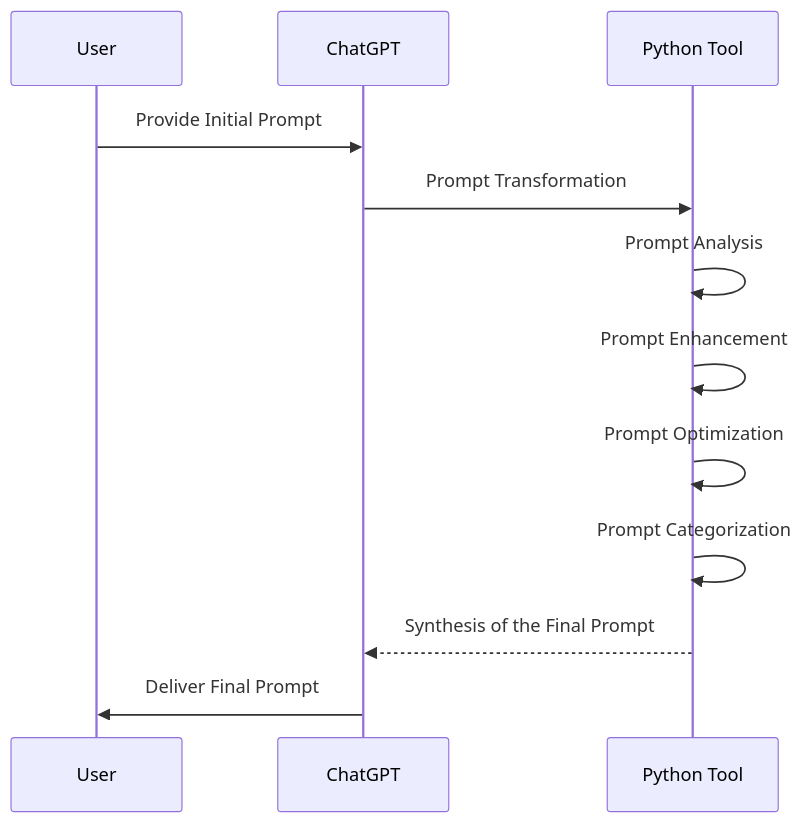
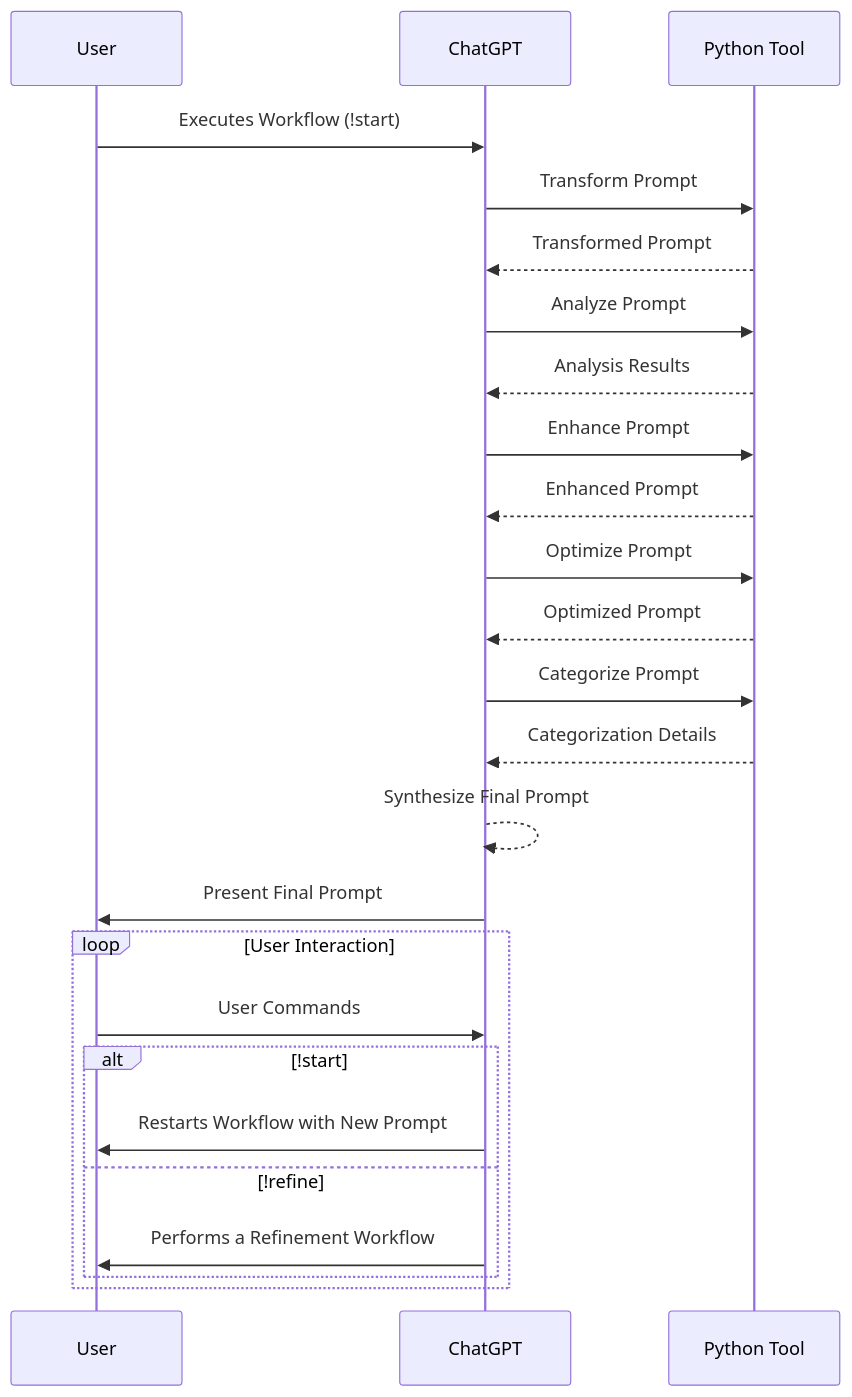
One commit to nerority/Advanced-GPTs changed the fifth of 11 diagrams in README.md. Above: the diagram before and after it, drawn with Mermaid. The commit also changed other lines of this file, not shown here.

````diff
--- a/README.md
+++ b/README.md
@@ -344,15 +304,28 @@
 ```mermaid
 sequenceDiagram
-    participant user as User
+    participant User
     participant ChatGPT
     participant PythonTool as Python Tool
 
-    user->>ChatGPT: Provide Initial Prompt
-    ChatGPT->>PythonTool: Prompt Transformation
-    PythonTool->>PythonTool: Prompt Analysis
-    PythonTool->>PythonTool: Prompt Enhancement
-    PythonTool->>PythonTool: Prompt Optimization
-    PythonTool->>PythonTool: Prompt Categorization
-    PythonTool-->>ChatGPT: Synthesis of the Final Prompt
-    ChatGPT->>user: Deliver Final Prompt
+    User->>ChatGPT: Executes Workflow (!start)
+    ChatGPT->>PythonTool: Transform Prompt
+    PythonTool-->>ChatGPT: Transformed Prompt
+    ChatGPT->>PythonTool: Analyze Prompt
+    PythonTool-->>ChatGPT: Analysis Results
+    ChatGPT->>PythonTool: Enhance Prompt
+    PythonTool-->>ChatGPT: Enhanced Prompt
+    ChatGPT->>PythonTool: Optimize Prompt
+    PythonTool-->>ChatGPT: Optimized Prompt
+    ChatGPT->>PythonTool: Categorize Prompt
+    PythonTool-->>ChatGPT: Categorization Details
+		ChatGPT-->>ChatGPT: Synthesize Final Prompt
+    ChatGPT->>User: Present Final Prompt
+    loop User Interaction
+        User->>ChatGPT: User Commands
+        alt !start
+            ChatGPT->>User: Restarts Workflow with New Prompt
+        else !refine
+            ChatGPT->>User: Performs a Refinement Workflow
+        end
+    end
 ```
````
